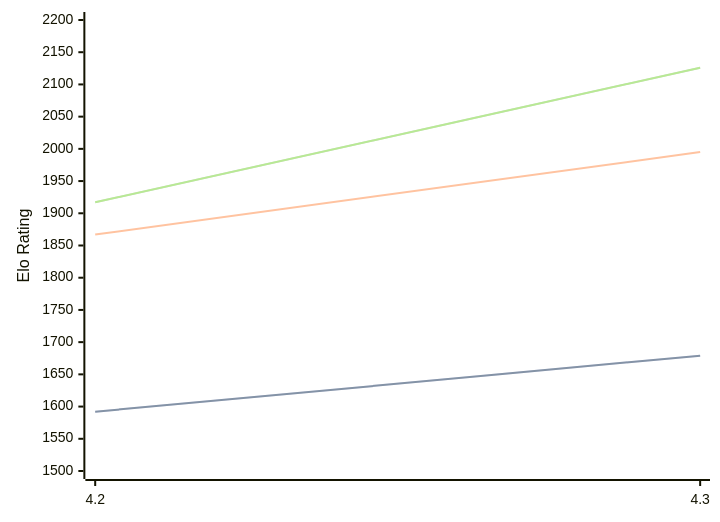
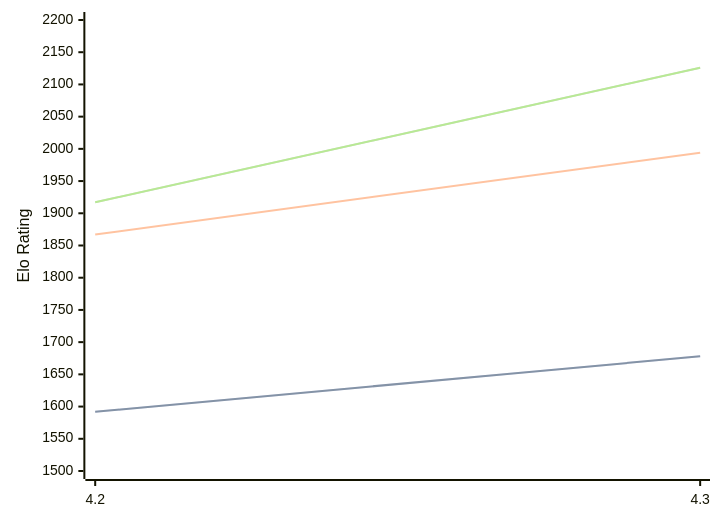
One commit to computer-chess-index/cci changed the diagram in engines/Radiance.md. Above: the diagram before and after it, drawn with Mermaid. The commit also changed other lines of this file, not shown here.

Commit message:
Update CCI Ratings (ELO VLTC) - 2026-04-12

````diff
--- a/engines/Radiance.md
+++ b/engines/Radiance.md
@@ -35,11 +35,11 @@
 ```mermaid
 %%{init: {"theme":"base","themeVariables":{"seriesColors:['#a3a3a3','#222221','#faa371']}}}%%
 xychart-beta
   x-axis ["4.2", "4.3"]
   y-axis "Elo Rating" 1500 --> 2200
-  line "STC (8.0+0.08s)" [1592, 1679]
-  line "STC (8.0+0.08s)" [1592, 1679]
-  line "LTC (60.0+0.60s)" [1867, 1995]
+  line "STC (8.0+0.08s)" [1592, 1678]
+  line "STC (8.0+0.08s)" [1592, 1678]
+  line "LTC (60.0+0.60s)" [1867, 1994]
   line "VLTC (2m24s+1.12s)" [1917, 2126]
   line "VLTC (2m24s+1.12s)" [1917, 2126]
 ```
````
